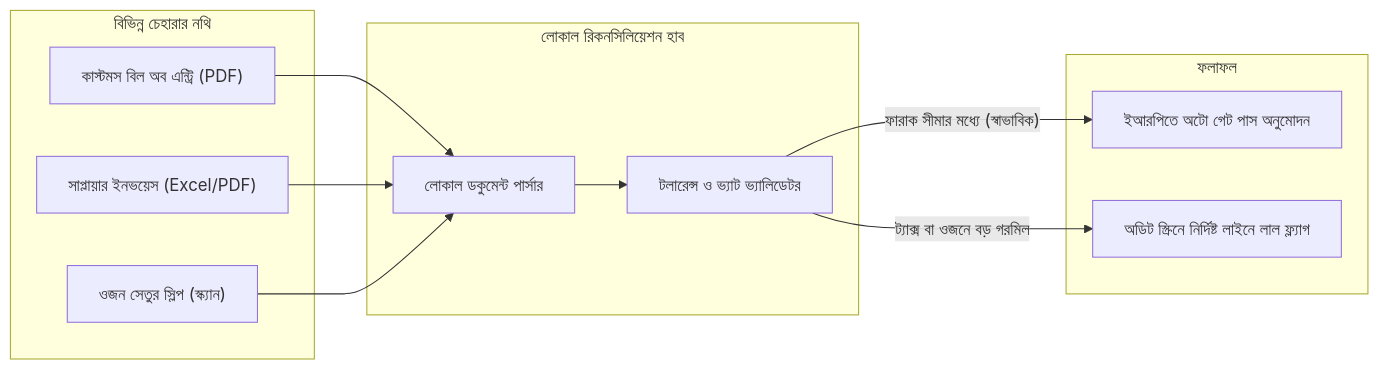
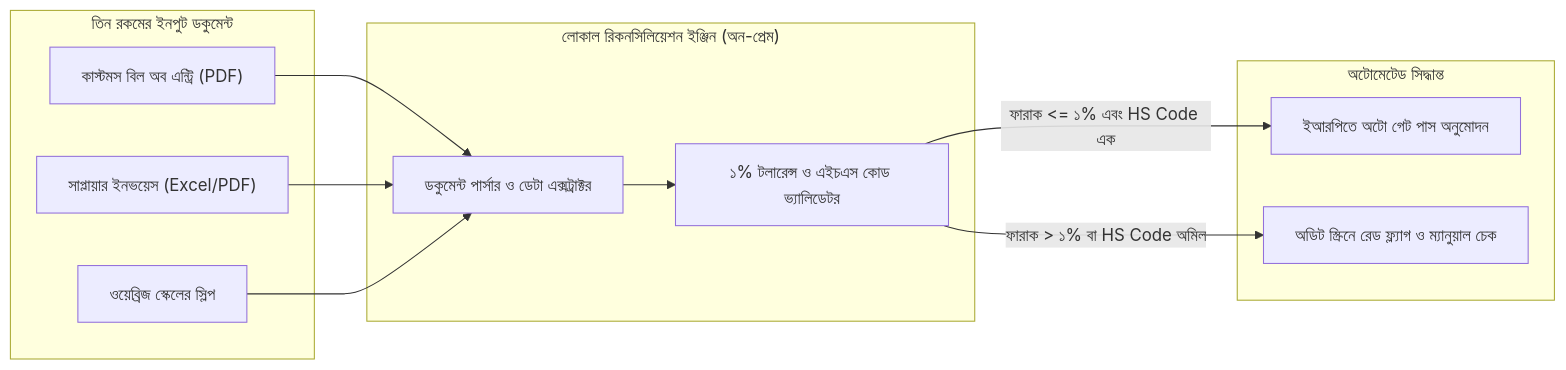
Before and after one commit to aiwithr/fde_book: the second of 2 diagrams in docs/chapter-4/index.md, drawn with Mermaid. The commit also changed other lines of this file and 9 other files, not shown here.

````diff
--- a/docs/chapter-4/index.md
+++ b/docs/chapter-4/index.md
@@ -212,23 +175,23 @@
 ```mermaid
 flowchart LR
-    subgraph Docs["বিভিন্ন চেহারার নথি"]
+    subgraph Docs["তিন রকমের ইনপুট ডকুমেন্ট"]
         D1["কাস্টমস বিল অব এন্ট্রি (PDF)"]
         D2["সাপ্লায়ার ইনভয়েস (Excel/PDF)"]
-        D3["ওজন সেতুর স্লিপ (স্ক্যান)"]
+        D3["ওয়েব্রিজ স্কেলের স্লিপ"]
     end
 
-    subgraph LocalEngine["লোকাল রিকনসিলিয়েশন হাব"]
-        E1["লোকাল ডকুমেন্ট পার্সার"]
-        E2["টলারেন্স ও ভ্যাট ভ্যালিডেটর"]
+    subgraph LocalEngine["লোকাল রিকনসিলিয়েশন ইঞ্জিন (অন-প্রেম)"]
+        E1["ডকুমেন্ট পার্সার ও ডেটা এক্সট্রাক্টর"]
+        E2["১% টলারেন্স ও এইচএস কোড ভ্যালিডেটর"]
 
         D1 --> E1
         D2 --> E1
         D3 --> E1
         E1 --> E2
     end
 
-    subgraph Result["ফলাফল"]
-        E2 -- "ফারাক সীমার মধ্যে (স্বাভাবিক)" --> R1["ইআরপিতে অটো গেট পাস অনুমোদন"]
-        E2 -- "ট্যাক্স বা ওজনে বড় গরমিল" --> R2["অডিট স্ক্রিনে নির্দিষ্ট লাইনে লাল ফ্ল্যাগ"]
+    subgraph Result["অটোমেটেড সিদ্ধান্ত"]
+        E2 -- "ফারাক <= ১% এবং HS Code এক" --> R1["ইআরপিতে অটো গেট পাস অনুমোদন"]
+        E2 -- "ফারাক > ১% বা HS Code অমিল" --> R2["অডিট স্ক্রিনে রেড ফ্ল্যাগ ও ম্যানুয়াল চেক"]
     end
 ```
````
